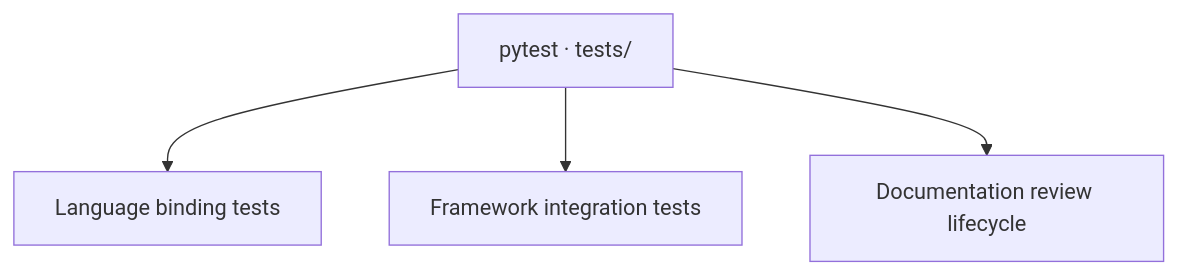
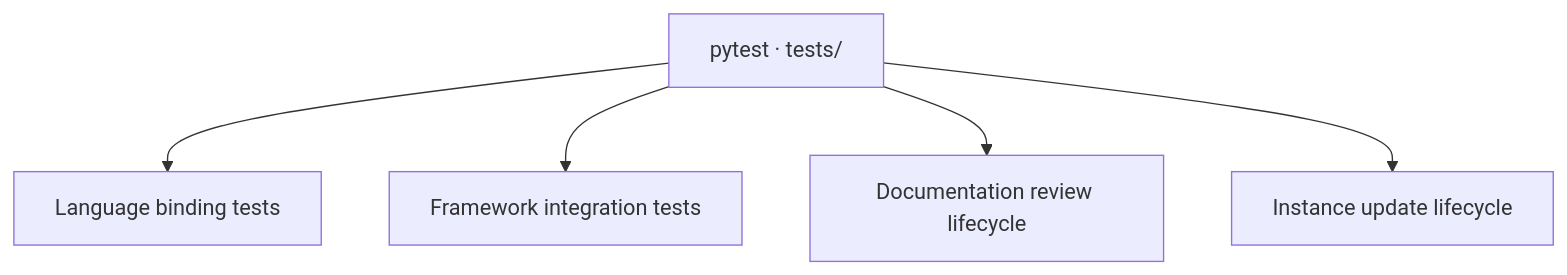
One commit to Lizhou31/codewiki changed the diagram in codewiki/wiki/testing.md. Above: the diagram before and after it, drawn with Mermaid. The commit also changed other lines of this file and 35 other files, not shown here.

````diff
--- a/codewiki/wiki/testing.md
+++ b/codewiki/wiki/testing.md
@@ -23,6 +24,7 @@
 ```mermaid
 flowchart TB
   suite["pytest · tests/"] --> adapters["Language binding tests"]
   suite --> integration["Framework integration tests"]
   suite --> reviews["Documentation review lifecycle"]
+  suite --> updates["Instance update lifecycle"]
 ```
````
